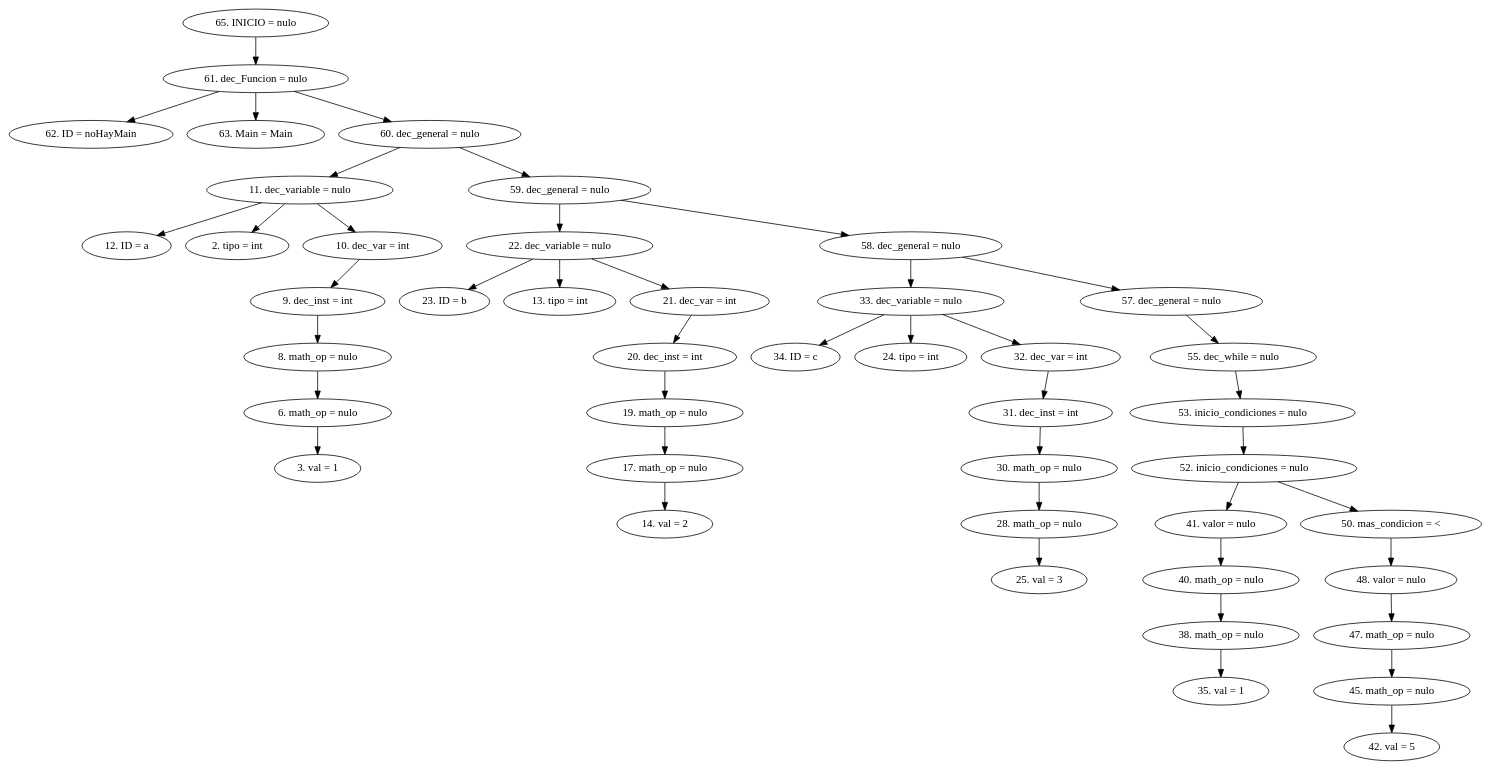
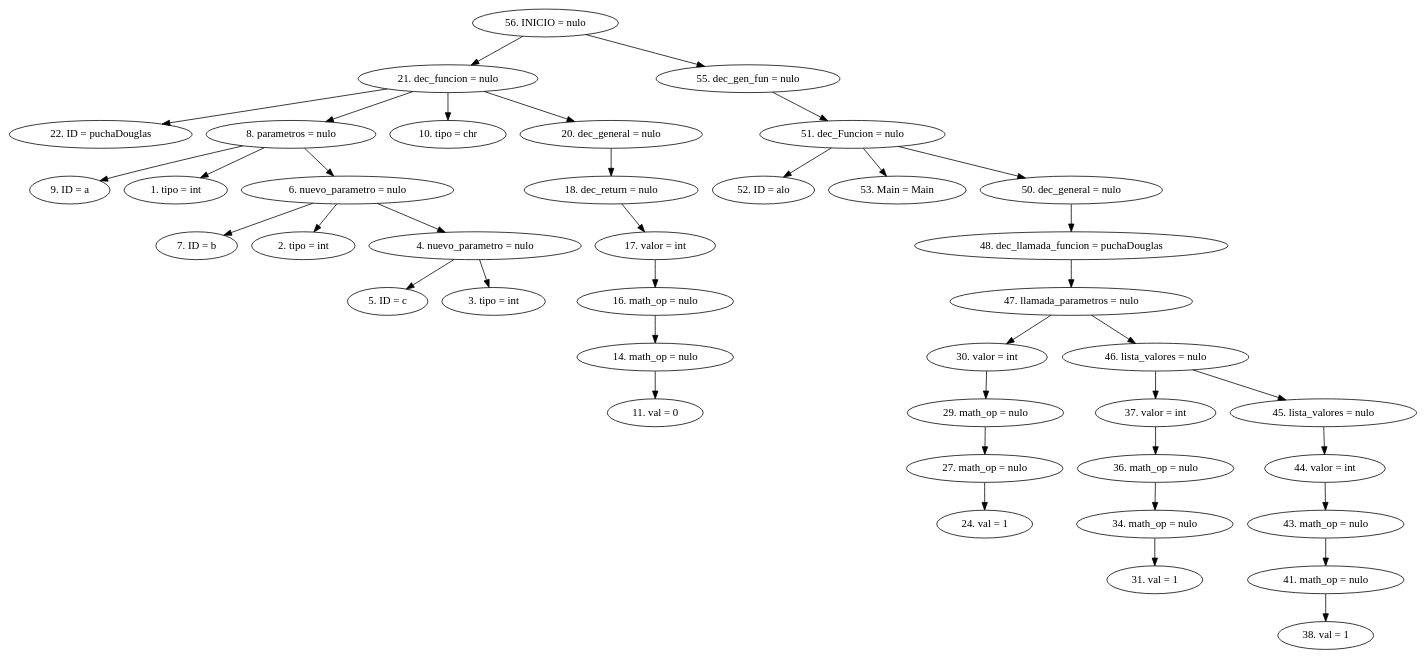
Before and after one commit to CarlosSosVos/NACHTs: the diagram in AST.dot, drawn with Graphviz. The commit also changed 11 other files, not shown here.

```diff
--- a/AST.dot
+++ b/AST.dot
@@ -1,47 +1,43 @@
 digraph G {
-"65. INICIO = nulo"->"61. dec_Funcion = nulo"
-"61. dec_Funcion = nulo"->"62. ID = noHayMain"
-"61. dec_Funcion = nulo"->"63. Main = Main"
-"61. dec_Funcion = nulo"->"60. dec_general = nulo"
-"60. dec_general = nulo"->"11. dec_variable = nulo"
-"11. dec_variable = nulo"->"12. ID = a"
-"11. dec_variable = nulo"->"2. tipo = int"
-"11. dec_variable = nulo"->"10. dec_var = int"
-"10. dec_var = int"->"9. dec_inst = int"
-"9. dec_inst = int"->"8. math_op = nulo"
-"8. math_op = nulo"->"6. math_op = nulo"
-"6. math_op = nulo"->"3. val = 1"
-"60. dec_general = nulo"->"59. dec_general = nulo"
-"59. dec_general = nulo"->"22. dec_variable = nulo"
-"22. dec_variable = nulo"->"23. ID = b"
-"22. dec_variable = nulo"->"13. tipo = int"
-"22. dec_variable = nulo"->"21. dec_var = int"
-"21. dec_var = int"->"20. dec_inst = int"
-"20. dec_inst = int"->"19. math_op = nulo"
-"19. math_op = nulo"->"17. math_op = nulo"
-"17. math_op = nulo"->"14. val = 2"
-"59. dec_general = nulo"->"58. dec_general = nulo"
-"58. dec_general = nulo"->"33. dec_variable = nulo"
-"33. dec_variable = nulo"->"34. ID = c"
-"33. dec_variable = nulo"->"24. tipo = int"
-"33. dec_variable = nulo"->"32. dec_var = int"
-"32. dec_var = int"->"31. dec_inst = int"
-"31. dec_inst = int"->"30. math_op = nulo"
-"30. math_op = nulo"->"28. math_op = nulo"
-"28. math_op = nulo"->"25. val = 3"
-"58. dec_general = nulo"->"57. dec_general = nulo"
-"57. dec_general = nulo"->"55. dec_while = nulo"
-"55. dec_while = nulo"->"53. inicio_condiciones = nulo"
-"53. inicio_condiciones = nulo"->"52. inicio_condiciones = nulo"
-"52. inicio_condiciones = nulo"->"41. valor = nulo"
-"41. valor = nulo"->"40. math_op = nulo"
-"40. math_op = nulo"->"38. math_op = nulo"
-"38. math_op = nulo"->"35. val = 1"
-"52. inicio_condiciones = nulo"->"50. mas_condicion = <"
-"50. mas_condicion = <"->"48. valor = nulo"
-"48. valor = nulo"->"47. math_op = nulo"
-"47. math_op = nulo"->"45. math_op = nulo"
-"45. math_op = nulo"->"42. val = 5"
+"56. INICIO = nulo"->"21. dec_funcion = nulo"
+"21. dec_funcion = nulo"->"22. ID = puchaDouglas"
+"21. dec_funcion = nulo"->"8. parametros = nulo"
+"8. parametros = nulo"->"9. ID = a"
+"8. parametros = nulo"->"1. tipo = int"
+"8. parametros = nulo"->"6. nuevo_parametro = nulo"
+"6. nuevo_parametro = nulo"->"7. ID = b"
+"6. nuevo_parametro = nulo"->"2. tipo = int"
+"6. nuevo_parametro = nulo"->"4. nuevo_parametro = nulo"
+"4. nuevo_parametro = nulo"->"5. ID = c"
+"4. nuevo_parametro = nulo"->"3. tipo = int"
+"21. dec_funcion = nulo"->"10. tipo = chr"
+"21. dec_funcion = nulo"->"20. dec_general = nulo"
+"20. dec_general = nulo"->"18. dec_return = nulo"
+"18. dec_return = nulo"->"17. valor = int"
+"17. valor = int"->"16. math_op = nulo"
+"16. math_op = nulo"->"14. math_op = nulo"
+"14. math_op = nulo"->"11. val = 0"
+"56. INICIO = nulo"->"55. dec_gen_fun = nulo"
+"55. dec_gen_fun = nulo"->"51. dec_Funcion = nulo"
+"51. dec_Funcion = nulo"->"52. ID = alo"
+"51. dec_Funcion = nulo"->"53. Main = Main"
+"51. dec_Funcion = nulo"->"50. dec_general = nulo"
+"50. dec_general = nulo"->"48. dec_llamada_funcion = puchaDouglas"
+"48. dec_llamada_funcion = puchaDouglas"->"47. llamada_parametros = nulo"
+"47. llamada_parametros = nulo"->"30. valor = int"
+"30. valor = int"->"29. math_op = nulo"
+"29. math_op = nulo"->"27. math_op = nulo"
+"27. math_op = nulo"->"24. val = 1"
+"47. llamada_parametros = nulo"->"46. lista_valores = nulo"
+"46. lista_valores = nulo"->"37. valor = int"
+"37. valor = int"->"36. math_op = nulo"
+"36. math_op = nulo"->"34. math_op = nulo"
+"34. math_op = nulo"->"31. val = 1"
+"46. lista_valores = nulo"->"45. lista_valores = nulo"
+"45. lista_valores = nulo"->"44. valor = int"
+"44. valor = int"->"43. math_op = nulo"
+"43. math_op = nulo"->"41. math_op = nulo"
+"41. math_op = nulo"->"38. val = 1"
 
 
 }
```
